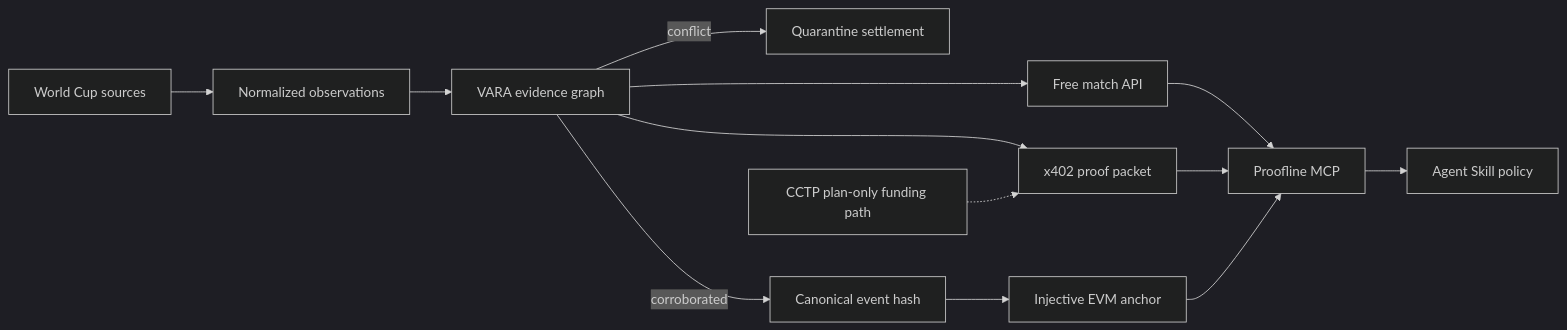
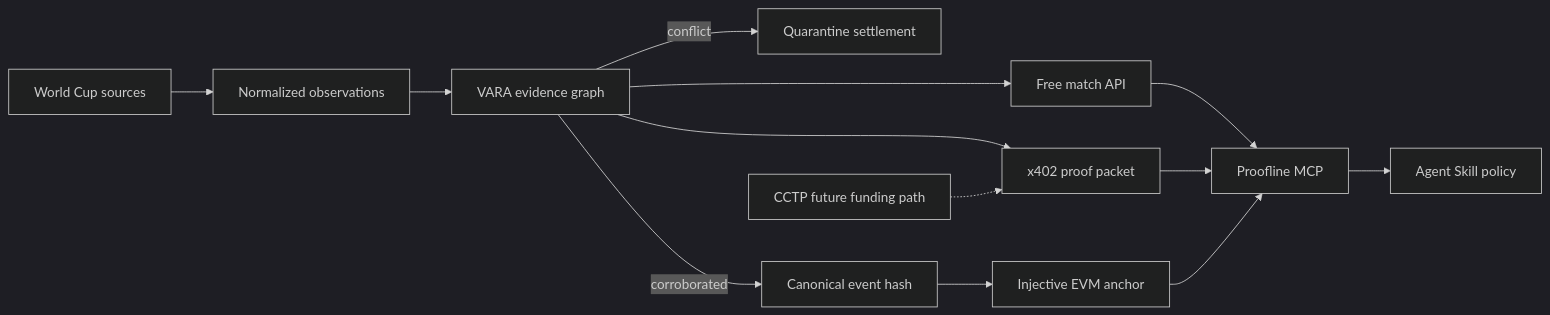
Before and after one commit to a252937166/proofline: the diagram in README.md, drawn with Mermaid (dark theme). The commit also changed other lines of this file and 78 other files, not shown here.

Commit message:
Harden judge-ready testnet proof flow

````diff
--- a/README.md
+++ b/README.md
@@ -35,15 +57,15 @@
 ```mermaid
 flowchart LR
   A["World Cup sources"] --> B["Normalized observations"]
   B --> C["VARA evidence graph"]
   C -->|conflict| D["Quarantine settlement"]
   C -->|corroborated| E["Canonical event hash"]
   E --> F["Injective EVM anchor"]
   C --> G["Free match API"]
   C --> H["x402 proof packet"]
   G --> I["Proofline MCP"]
   H --> I
   F --> I
   I --> J["Agent Skill policy"]
-  K["CCTP plan-only funding path"] -.-> H
+  K["CCTP future funding path"] -.-> H
 ```
````
